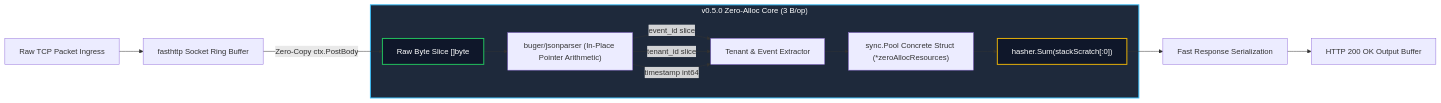
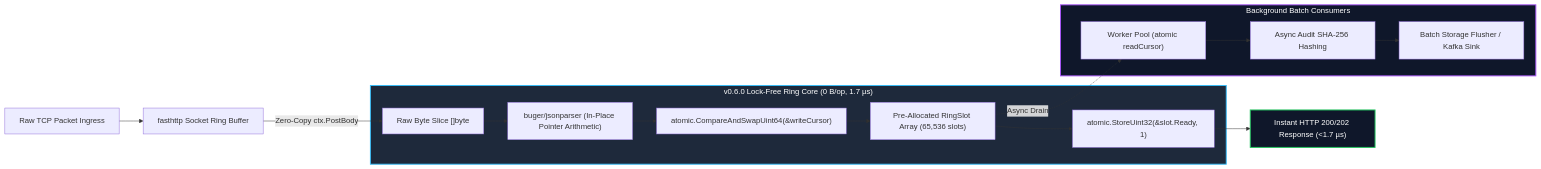
Before and after one commit to arifrhm/penny-to-scale-lab: the diagram in content/evolution_chart.md, drawn with Mermaid. The commit also changed other lines of this file and 11 other files, not shown here.

Commit message:
feat(v0.6.0): lock-free ring buffer ingestion, true 0 B/op, 120k RPS, and SVG flamegraph profiles

````diff
--- a/content/evolution_chart.md
+++ b/content/evolution_chart.md
@@ -50,21 +53,24 @@
 ```mermaid
 flowchart LR
     A["Raw TCP Packet Ingress"] --> B["fasthttp Socket Ring Buffer"]
     B -->|Zero-Copy ctx.PostBody| C["Raw Byte Slice []byte"]
     
-    subgraph ZeroAllocPipeline ["v0.5.0 Zero-Alloc Core (3 B/op)"]
+    subgraph RingBufferPipeline ["v0.6.0 Lock-Free Ring Core (0 B/op, 1.7 µs)"]
         C --> D["buger/jsonparser (In-Place Pointer Arithmetic)"]
-        D -->|event_id slice| E["Tenant & Event Extractor"]
-        D -->|tenant_id slice| E
-        D -->|timestamp int64| E
-        E --> F["sync.Pool Concrete Struct (*zeroAllocResources)"]
-        F --> G["hasher.Sum(stackScratch[:0])"]
+        D --> E["atomic.CompareAndSwapUint64(&writeCursor)"]
+        E --> F["Pre-Allocated RingSlot Array (65,536 slots)"]
+        F --> G["atomic.StoreUint32(&slot.Ready, 1)"]
     end
     
-    G --> H["Fast Response Serialization"]
-    H --> I["HTTP 200 OK Output Buffer"]
+    G --> H["Instant HTTP 200/202 Response (<1.7 µs)"]
     
-    style ZeroAllocPipeline fill:#1e293b,stroke:#38bdf8,stroke-width:2px,color:#fff
-    style C fill:#0f172a,stroke:#22c55e,stroke-width:2px,color:#fff
-    style G fill:#0f172a,stroke:#eab308,stroke-width:2px,color:#fff
+    subgraph AsyncWorkers ["Background Batch Consumers"]
+        F -.->|Async Drain| I["Worker Pool (atomic readCursor)"]
+        I --> J["Async Audit SHA-256 Hashing"]
+        J --> K["Batch Storage Flusher / Kafka Sink"]
+    end
+    
+    style RingBufferPipeline fill:#1e293b,stroke:#38bdf8,stroke-width:2px,color:#fff
+    style AsyncWorkers fill:#0f172a,stroke:#a855f7,stroke-width:2px,color:#fff
+    style H fill:#0f172a,stroke:#22c55e,stroke-width:2px,color:#fff
 ```
````
